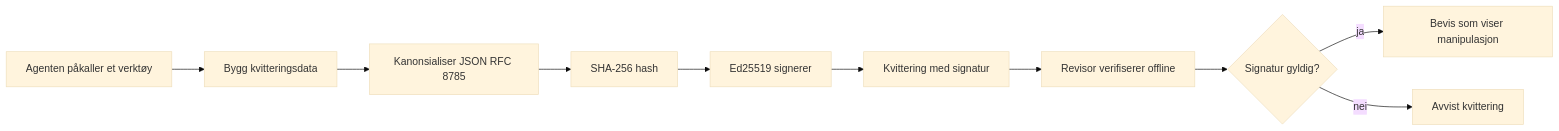
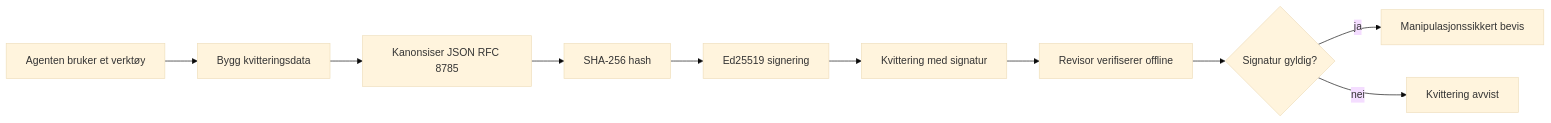
One commit to gabrielmoreira/agent-skills-mirror changed the first of 2 diagrams in mirrors/repos/microsoft@ai-agents-for-beginners/translations/no/18-securing-ai-agents/README.md. Above: the diagram before and after it, drawn with Mermaid (base theme). The commit also changed other lines of this file and 2285 other files, not shown here.

````diff
--- a/mirrors/repos/microsoft@ai-agents-for-beginners/translations/no/18-securing-ai-agents/README.md
+++ b/mirrors/repos/microsoft@ai-agents-for-beginners/translations/no/18-securing-ai-agents/README.md
@@ -51,12 +51,12 @@
 ```mermaid
 flowchart LR
-    A[Agenten påkaller et verktøy] --> B[Bygg kvitteringsdata]
-    B --> C[Kanonsialiser JSON RFC 8785]
+    A[Agenten bruker et verktøy] --> B[Bygg kvitteringsdata]
+    B --> C[Kanonsiser JSON RFC 8785]
     C --> D[SHA-256 hash]
-    D --> E[Ed25519 signerer]
+    D --> E[Ed25519 signering]
     E --> F[Kvittering med signatur]
     F --> G[Revisor verifiserer offline]
     G --> H{Signatur gyldig?}
-    H -- ja --> I[Bevis som viser manipulasjon]
-    H -- nei --> J[Avvist kvittering]
+    H -- ja --> I[Manipulasjonssikkert bevis]
+    H -- nei --> J[Kvittering avvist]
 ```
````
